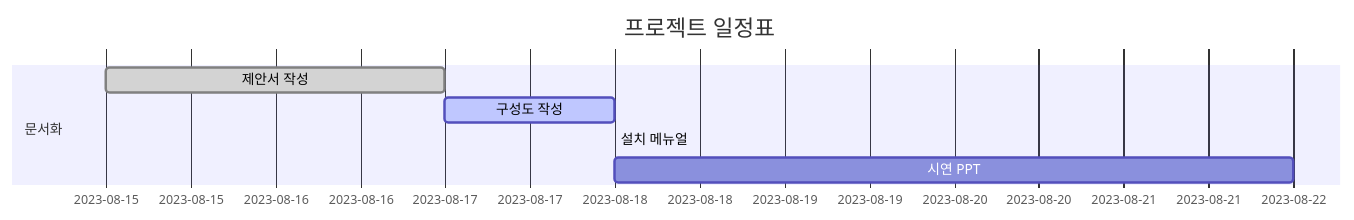
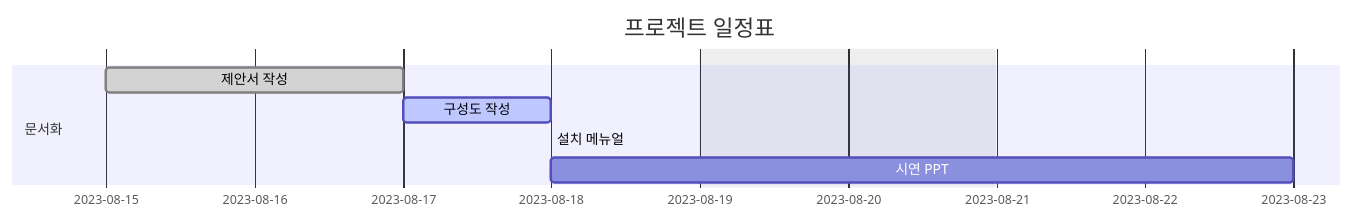
Before and after one commit to LOFL404/project1: the diagram in README.md, drawn with Mermaid.

````diff
--- a/README.md
+++ b/README.md
@@ -1,16 +1,16 @@
 ```mermaid
 gantt
     dateFormat  YYYY-MM-DD
     axisFormat  %Y-%m-%d
     title       프로젝트 일정표
-    includes    weekends saturday,sunday
+    excludes    weekends saturday,sunday
     
     section 문서화
     제안서 작성     :done,    a, 2023-08-15, 2d
     구성도 작성     :active,    b, 2023-08-17, 1d
-    설치 메뉴얼     :c, after b, 7days
-    시연 PPT        :after c, 4d
+    설치 메뉴얼     :c, after b, 5days
+    시연 PPT        :after c, 3d
 
     section 구현
     
 ```
````
